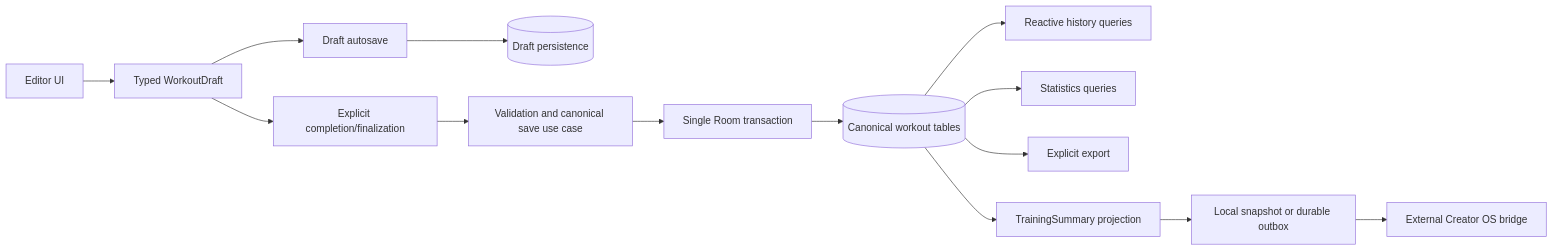
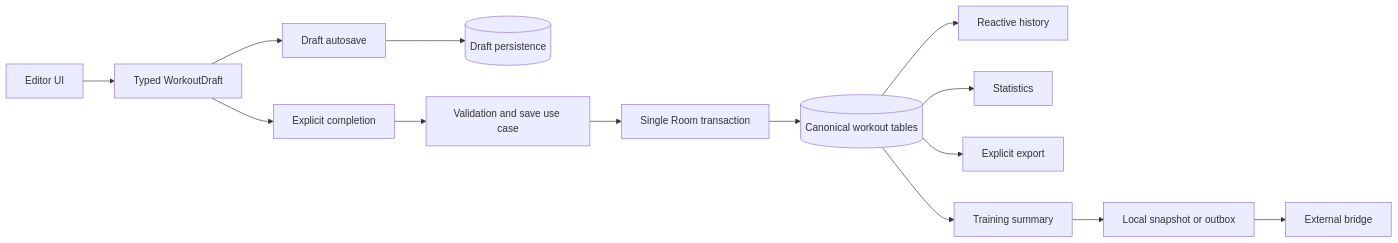
One commit to Znypr/GymTrack changed the fourth of 4 diagrams in docs/ARCHITECTURE.md. Above: the diagram before and after it, drawn with Mermaid. The commit also changed other lines of this file, not shown here.

Commit message:
docs: remove active ticket tracking from architecture

````diff
--- a/docs/ARCHITECTURE.md
+++ b/docs/ARCHITECTURE.md
@@ -186,18 +166,18 @@
 ```mermaid
 flowchart LR
     A[Editor UI] --> B[Typed WorkoutDraft]
     B --> C[Draft autosave]
-    B --> D[Explicit completion/finalization]
+    B --> D[Explicit completion]
 
     C --> E[(Draft persistence)]
-    D --> F[Validation and canonical save use case]
+    D --> F[Validation and save use case]
     F --> G[Single Room transaction]
     G --> H[(Canonical workout tables)]
 
-    H --> I[Reactive history queries]
-    H --> J[Statistics queries]
+    H --> I[Reactive history]
+    H --> J[Statistics]
     H --> K[Explicit export]
-    H --> L[TrainingSummary projection]
-    L --> M[Local snapshot or durable outbox]
-    M --> N[External Creator OS bridge]
+    H --> L[Training summary]
+    L --> M[Local snapshot or outbox]
+    M --> N[External bridge]
 ```
````
